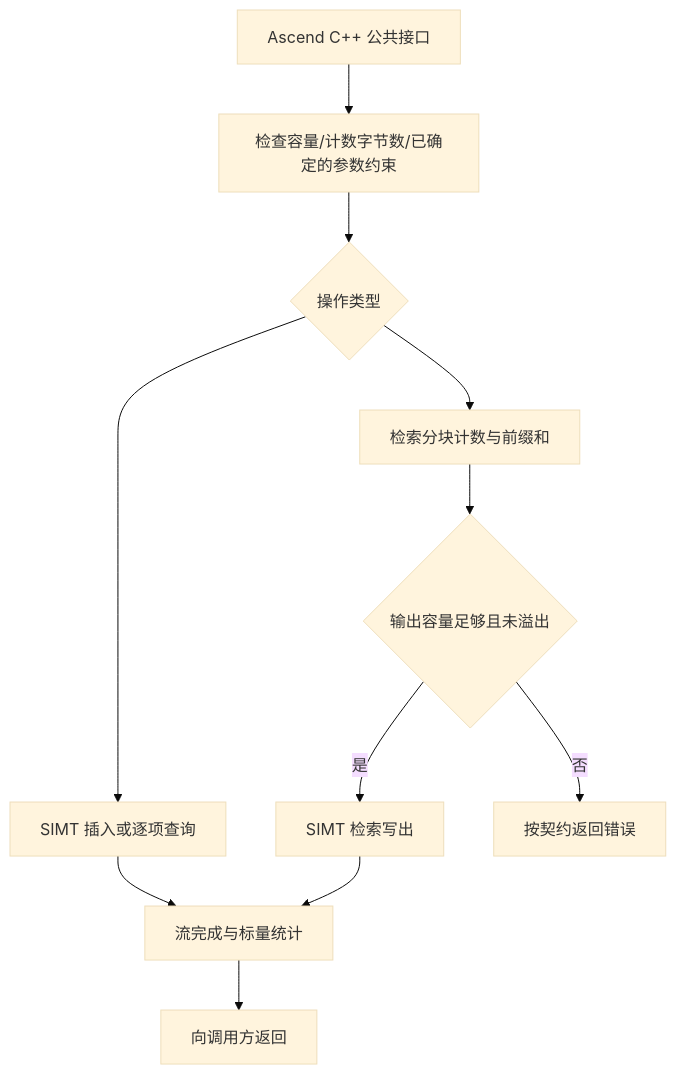
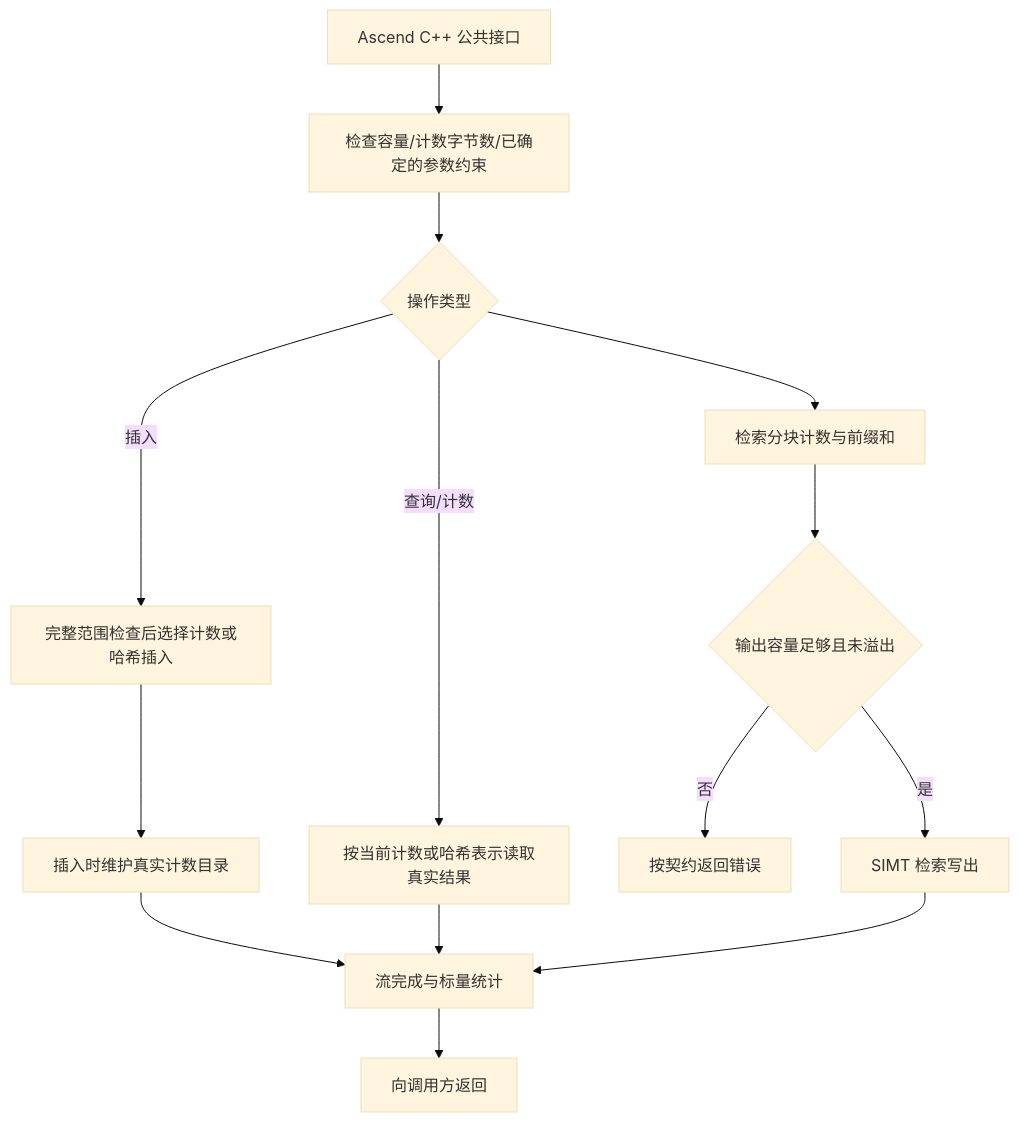
Before and after one commit to hicann/cann-ops-competitions: the second of 2 diagrams in 04_tasks/01_community-task-2026/tasklist/09-66-multiset-950/qq_39362556/docs/design.md, drawn with Mermaid (base theme). The commit also changed other lines of this file, not shown here.

````diff
--- a/04_tasks/01_community-task-2026/tasklist/09-66-multiset-950/qq_39362556/docs/design.md
+++ b/04_tasks/01_community-task-2026/tasklist/09-66-multiset-950/qq_39362556/docs/design.md
@@ -162,13 +185,16 @@
 ```mermaid
 flowchart TD
   A[Ascend C++ 公共接口] --> B[检查容量/计数字节数/已确定的参数约束]
   B --> C{操作类型}
-  C --> D[SIMT 插入或逐项查询]
+  C -->|插入| D[完整范围检查后选择计数或哈希插入]
+  C -->|查询/计数| Q[按当前计数或哈希表示读取真实结果]
   C --> E[检索分块计数与前缀和]
   E --> F{输出容量足够且未溢出}
   F -->|是| G[SIMT 检索写出]
   F -->|否| H[按契约返回错误]
-  D --> I[流完成与标量统计]
+  D --> K[插入时维护真实计数目录]
+  K --> I[流完成与标量统计]
+  Q --> I
   G --> I
   I --> J[向调用方返回]
 ```
````
